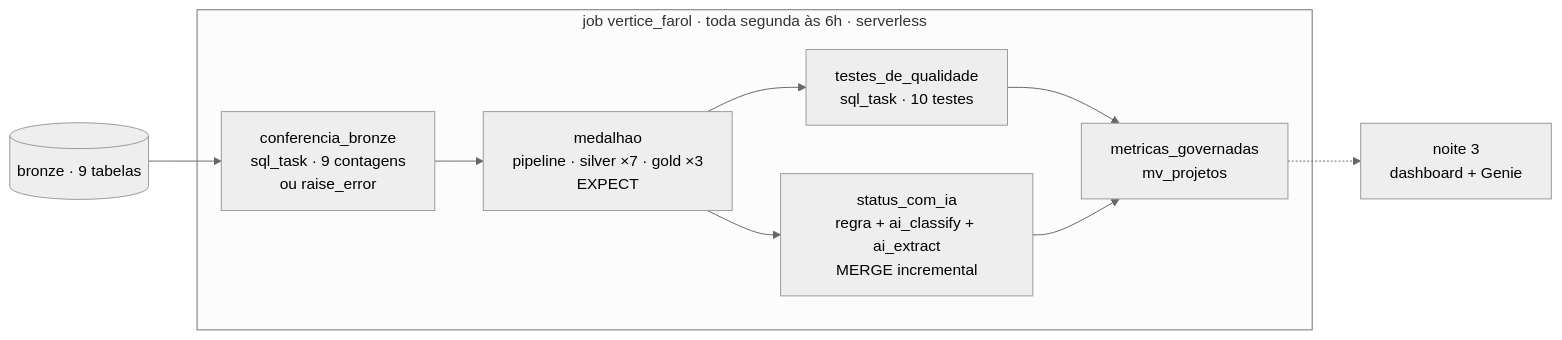
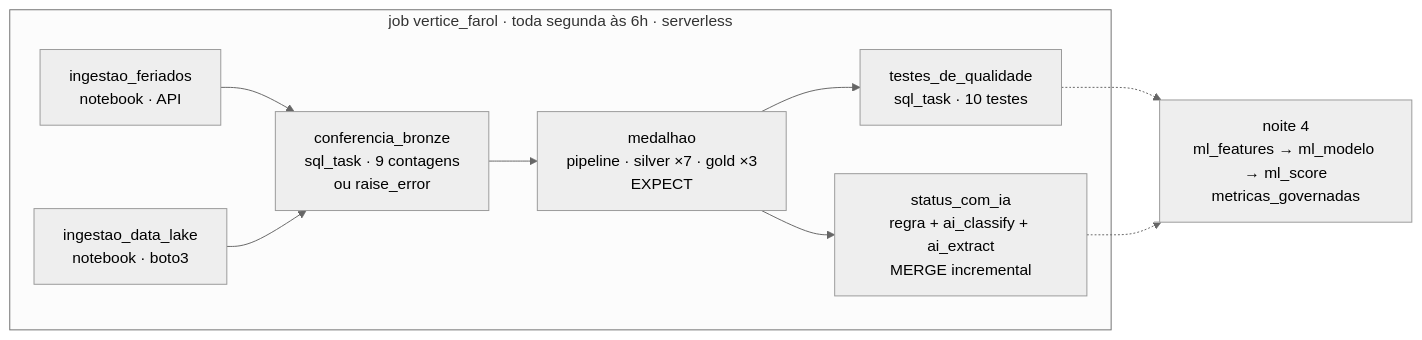
One commit to AugustoKoche-AI/ImersaoControlTower changed the second of 3 diagrams in aulas/aula-03-modelagem-claude-code/claude-code/README.md. Above: the diagram before and after it, drawn with Mermaid (neutral theme). The commit also changed other lines of this file and 92 other files, not shown here.

First line of the commit message:
Noite 3 replanejada: passo 1 do bundle à mão, prompts 2 a 5, ML e Genie para a noite 4

````diff
--- a/aulas/aula-03-modelagem-claude-code/claude-code/README.md
+++ b/aulas/aula-03-modelagem-claude-code/claude-code/README.md
@@ -33,12 +37,12 @@
 ```mermaid
 flowchart LR
-  B[("bronze · 9 tabelas")] --> C
   subgraph JOB["job vertice_farol · toda segunda às 6h · serverless"]
+    F["ingestao_feriados<br/>notebook · API"] --> C
+    L["ingestao_data_lake<br/>notebook · boto3"] --> C
     C["conferencia_bronze<br/>sql_task · 9 contagens<br/>ou raise_error"] --> MED["medalhao<br/>pipeline · silver ×7 · gold ×3<br/>EXPECT"]
     MED --> T["testes_de_qualidade<br/>sql_task · 10 testes"]
     MED --> IA["status_com_ia<br/>regra + ai_classify + ai_extract<br/>MERGE incremental"]
-    T --> MV["metricas_governadas<br/>mv_projetos"]
-    IA --> MV
   end
-  MV -.-> N3["noite 3<br/>dashboard + Genie"]
+  T -.-> N4["noite 4<br/>ml_features → ml_modelo → ml_score<br/>metricas_governadas"]
+  IA -.-> N4
 ```
````
